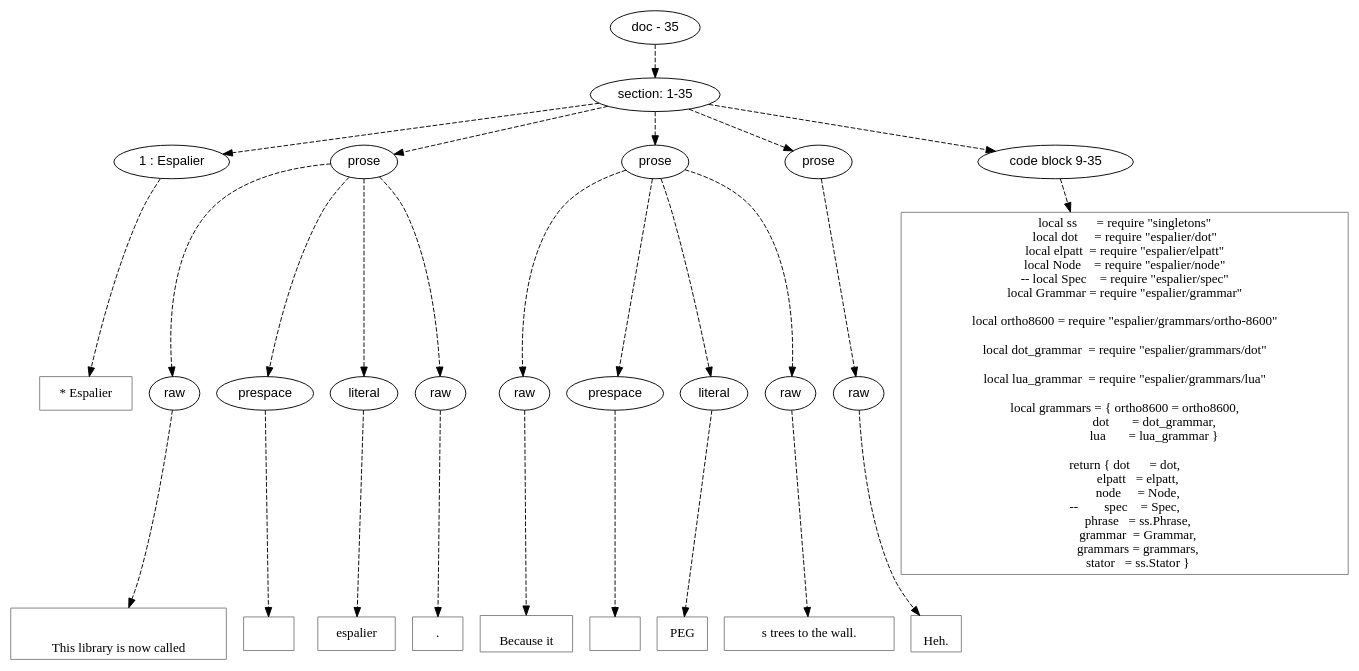
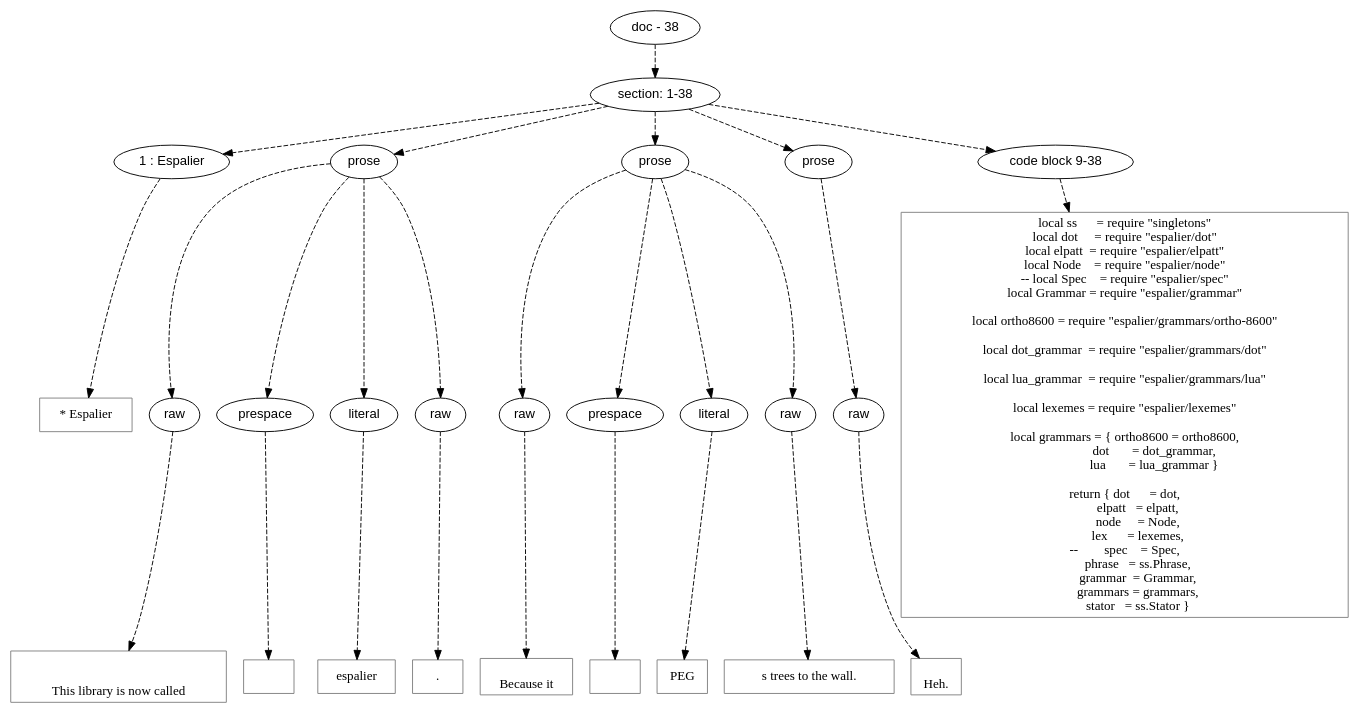
One commit to orb-lang/espalier changed the diagram in doc/dot/espalier.dot. Above: the diagram before and after it, drawn with Graphviz. The commit also changed 14 other files, not shown here.

```diff
--- a/doc/dot/espalier.dot
+++ b/doc/dot/espalier.dot
@@ -1,145 +1,148 @@
 digraph lpegNode {
 
 node [fontname=Helvetica]
 edge [style=dashed]
 
-doc_0 [label="doc - 35"]
+doc_0 [label="doc - 38"]
 
 
 doc_0 -> { section_1}
 {rank=same; section_1}
 
-section_1 [label="section: 1-35"]
+section_1 [label="section: 1-38"]
 
 
 // END RANK doc_0
 
 section_1 -> { header_2 prose_3 prose_4 prose_5 codeblock_6}
 {rank=same; header_2 prose_3 prose_4 prose_5 codeblock_6}
 
 header_2 [label="1 : Espalier"]
 
 prose_3 [label="prose"]
 
 prose_4 [label="prose"]
 
 prose_5 [label="prose"]
 
-codeblock_6 [label="code block 9-35"]
+codeblock_6 [label="code block 9-38"]
 
 
 // END RANK section_1
 
 header_2 -> leaf_7
 leaf_7  [color=Gray,shape=rectangle,fontname=Inconsolata,label="* Espalier"]
 // END RANK header_2
 
 prose_3 -> { raw_8 prespace_9 literal_10 raw_11}
 {rank=same; raw_8 prespace_9 literal_10 raw_11}
 
 raw_8 [label="raw"]
 
 prespace_9 [label="prespace"]
 
 literal_10 [label="literal"]
 
 raw_11 [label="raw"]
 
 
 // END RANK prose_3
 
 raw_8 -> leaf_12
 leaf_12  [color=Gray,shape=rectangle,fontname=Inconsolata,label="
 
 This library is now called"]
 // END RANK raw_8
 
 prespace_9 -> leaf_13
 leaf_13  [color=Gray,shape=rectangle,fontname=Inconsolata,label=" "]
 // END RANK prespace_9
 
 literal_10 -> leaf_14
 leaf_14  [color=Gray,shape=rectangle,fontname=Inconsolata,label="espalier"]
 // END RANK literal_10
 
 raw_11 -> leaf_15
 leaf_15  [color=Gray,shape=rectangle,fontname=Inconsolata,label=".
 "]
 // END RANK raw_11
 
 prose_4 -> { raw_16 prespace_17 literal_18 raw_19}
 {rank=same; raw_16 prespace_17 literal_18 raw_19}
 
 raw_16 [label="raw"]
 
 prespace_17 [label="prespace"]
 
 literal_18 [label="literal"]
 
 raw_19 [label="raw"]
 
 
 // END RANK prose_4
 
 raw_16 -> leaf_20
 leaf_20  [color=Gray,shape=rectangle,fontname=Inconsolata,label="
 Because it"]
 // END RANK raw_16
 
 prespace_17 -> leaf_21
 leaf_21  [color=Gray,shape=rectangle,fontname=Inconsolata,label=" "]
 // END RANK prespace_17
 
 literal_18 -> leaf_22
 leaf_22  [color=Gray,shape=rectangle,fontname=Inconsolata,label="PEG"]
 // END RANK literal_18
 
 raw_19 -> leaf_23
 leaf_23  [color=Gray,shape=rectangle,fontname=Inconsolata,label="s trees to the wall.
 "]
 // END RANK raw_19
 
 prose_5 -> { raw_24}
 {rank=same; raw_24}
 
 raw_24 [label="raw"]
 
 
 // END RANK prose_5
 
 raw_24 -> leaf_25
 leaf_25  [color=Gray,shape=rectangle,fontname=Inconsolata,label="
 Heh.
 "]
 // END RANK raw_24
 
 codeblock_6 -> leaf_26
 leaf_26  [color=Gray,shape=rectangle,fontname=Inconsolata,label="local ss      = require \"singletons\"
 local dot     = require \"espalier/dot\"
 local elpatt  = require \"espalier/elpatt\"
 local Node    = require \"espalier/node\"
 -- local Spec    = require \"espalier/spec\"
 local Grammar = require \"espalier/grammar\"
 
 local ortho8600 = require \"espalier/grammars/ortho-8600\"
 
 local dot_grammar  = require \"espalier/grammars/dot\"
 
 local lua_grammar  = require \"espalier/grammars/lua\"
 
+local lexemes = require \"espalier/lexemes\"
+
 local grammars = { ortho8600 = ortho8600,
                    dot       = dot_grammar,
                    lua       = lua_grammar }
 
 return { dot      = dot,
          elpatt   = elpatt,
          node     = Node,
+         lex      = lexemes,
  --        spec    = Spec,
          phrase   = ss.Phrase,
          grammar  = Grammar,
          grammars = grammars,
          stator   = ss.Stator }"]
 // END RANK codeblock_6
 
 
 }
```
